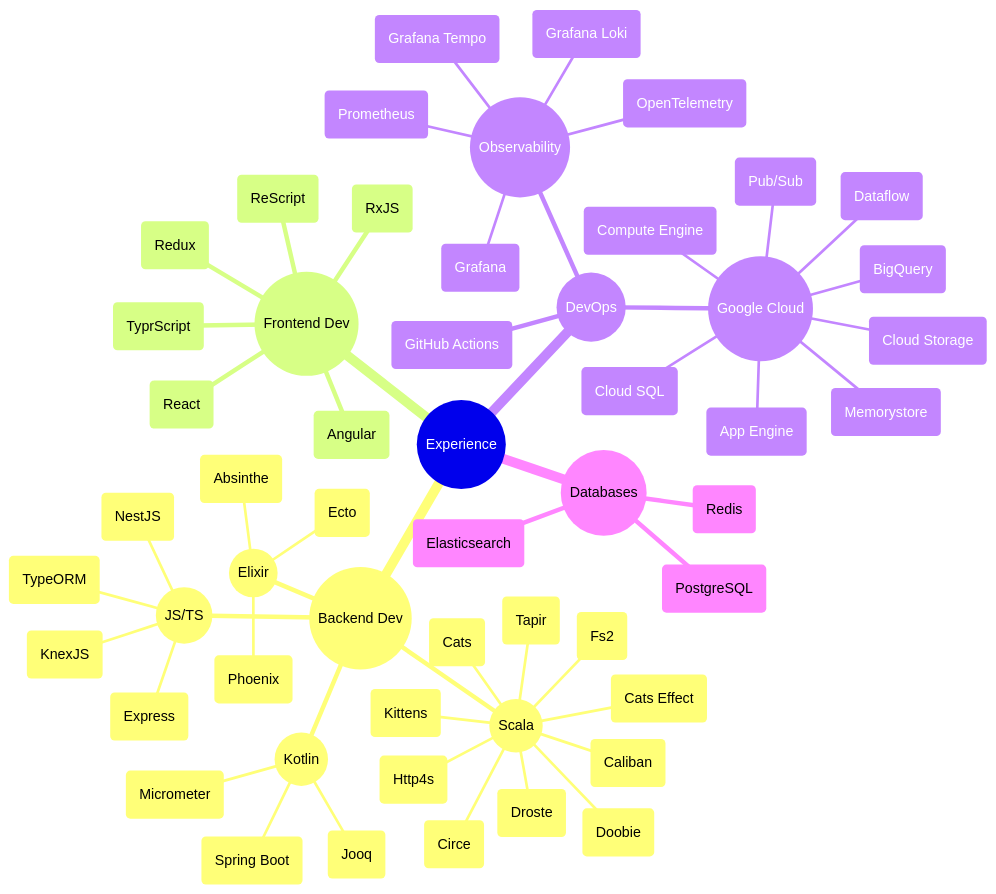
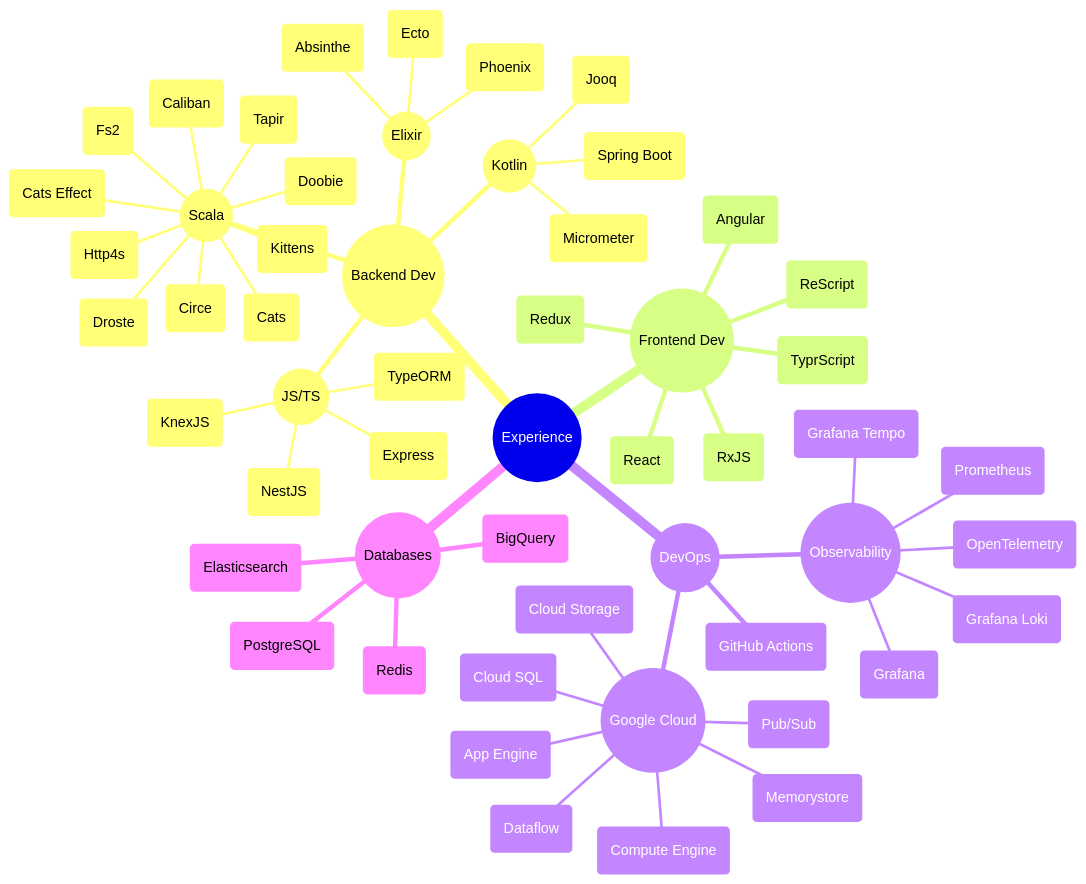
Before and after one commit to m-tabaza/Tabzz98: the first of 2 diagrams in README.md, drawn with Mermaid.

````diff
--- a/README.md
+++ b/README.md
@@ -21,65 +21,65 @@
 ```mermaid
 mindmap
   root((Experience))
     ((Backend Dev))
       ((Scala))
         (Cats)
         (Cats Effect)
         (Kittens)
         (Droste)
         (Http4s)
         (Doobie)
         (Tapir)
         (Fs2)
         (Caliban)
         (Circe)
 
       ((Kotlin))
         (Spring Boot)
         (Micrometer)
         (Jooq)
   
       ((Elixir))
         (Ecto)
         (Absinthe)
         (Phoenix)
   
       ((JS/TS))
         (Express)
         (NestJS)
         (TypeORM)
         (KnexJS)
       
     ((Frontend Dev))
       (React)
       (Redux)
       (RxJS)
       (Angular)
       (TyprScript)
       (ReScript)
       
     ((DevOps))
       (GitHub Actions)
 
       ((Observability))
         (OpenTelemetry)
         (Grafana)
         (Grafana Tempo)
         (Grafana Loki)
         (Prometheus)
 
       ((Google Cloud))
         (App Engine)
         (Compute Engine)
         (Cloud SQL)
         (Memorystore)
         (Pub/Sub)
         (Cloud Storage)
         (Dataflow)
-        (BigQuery)
 
     ((Databases))
       (PostgreSQL)
       (Redis)
       (Elasticsearch)
+      (BigQuery)
 ```
````
